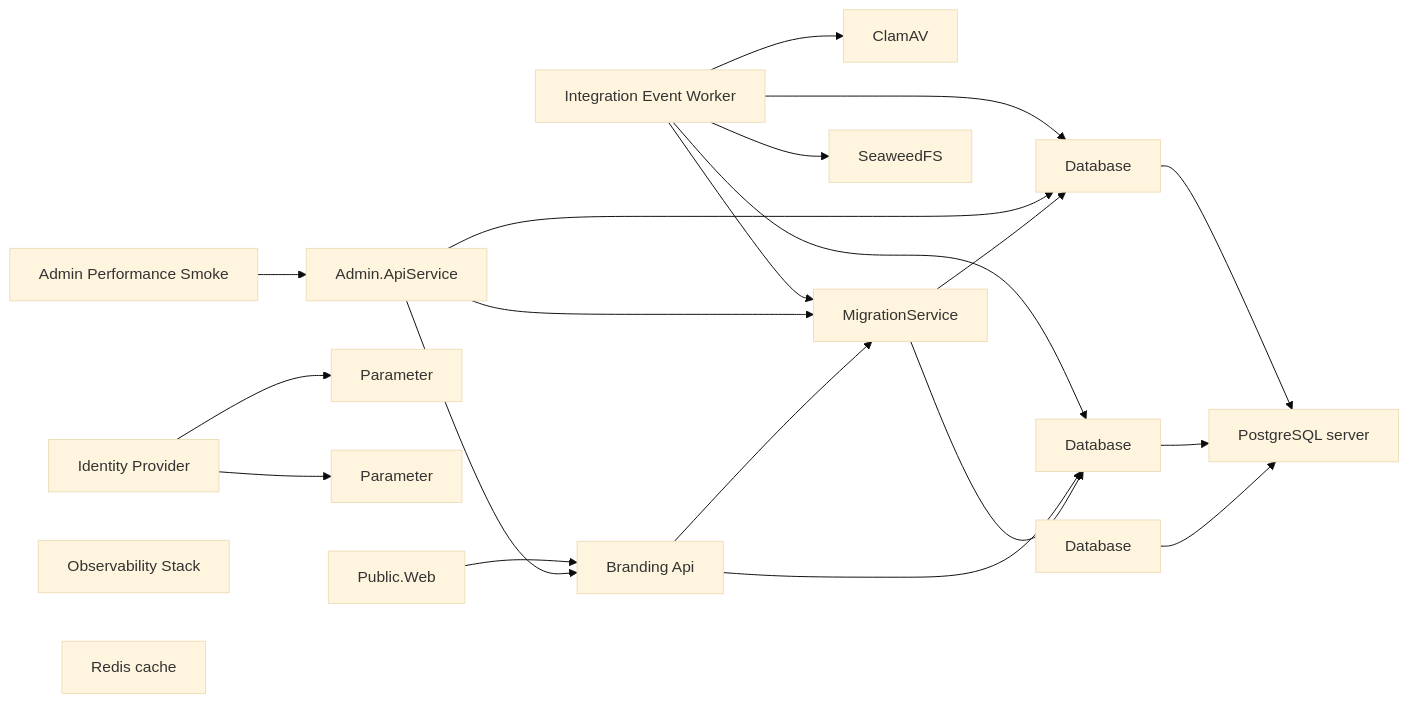
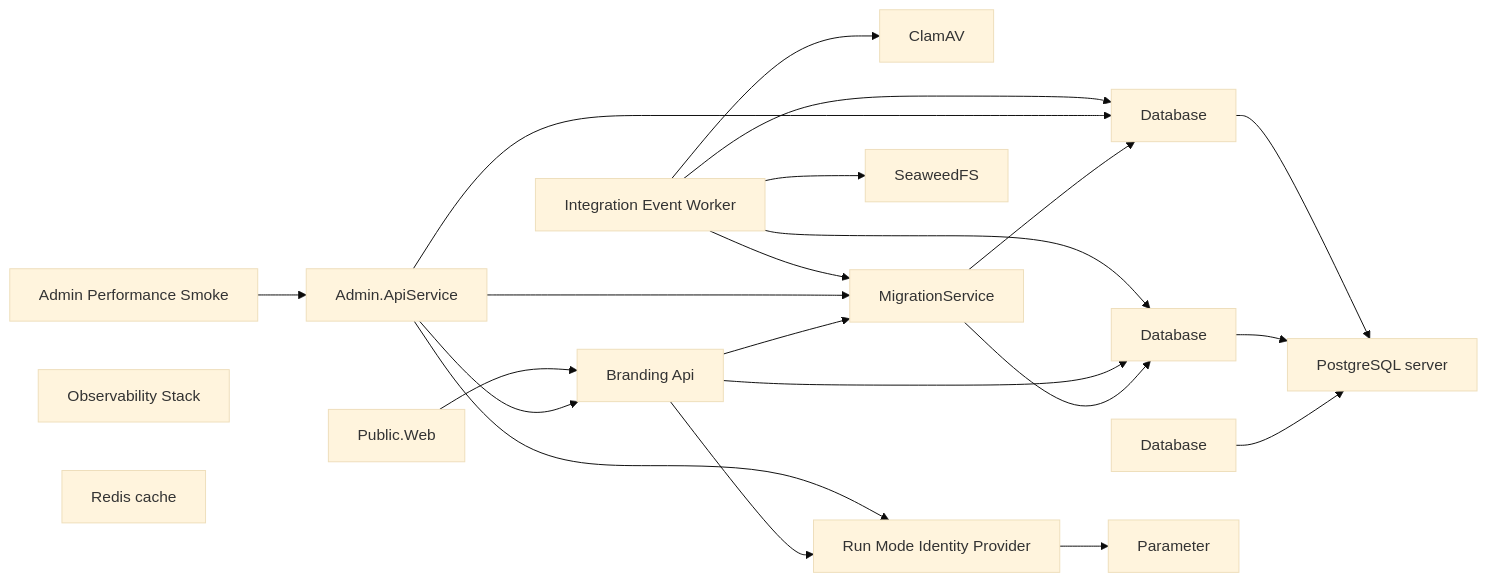
Before and after one commit to danigutsch/ViajantesTurismo: the first of 2 diagrams in docs/architecture/runtime-wiring-and-deployment.md, drawn with Mermaid (base theme). The commit also changed 10 other files, not shown here.

````diff
--- a/docs/architecture/runtime-wiring-and-deployment.md
+++ b/docs/architecture/runtime-wiring-and-deployment.md
@@ -13,39 +13,39 @@
 ```mermaid
 flowchart LR
     AdminPerformanceSmoke[Admin Performance Smoke]
     apiService[Admin.ApiService]
     brandingApiService[Branding Api]
     clamAv[ClamAV]
     adminDatabase[Database]
     catalogDatabase[Database]
     securityDatabase[Database]
-    IdentityProvider[Identity Provider]
     IntegrationEventWorker[Integration Event Worker]
     migrationService[MigrationService]
     ObservabilityStack[Observability Stack]
     managementWebClientSecret[Parameter]
-    identityProviderConformanceUserPassword[Parameter]
     databaseServer[PostgreSQL server]
     PublicWeb[Public.Web]
     cache[Redis cache]
+    identityProvider[Run Mode Identity Provider]
     seaweedFs[SeaweedFS]
     AdminPerformanceSmoke --> apiService
-    IdentityProvider --> identityProviderConformanceUserPassword
-    IdentityProvider --> managementWebClientSecret
     IntegrationEventWorker --> adminDatabase
     IntegrationEventWorker --> catalogDatabase
     IntegrationEventWorker --> clamAv
     IntegrationEventWorker --> migrationService
     IntegrationEventWorker --> seaweedFs
     PublicWeb --> brandingApiService
     adminDatabase --> databaseServer
     apiService --> adminDatabase
     apiService --> brandingApiService
+    apiService --> identityProvider
     apiService --> migrationService
     brandingApiService --> catalogDatabase
+    brandingApiService --> identityProvider
     brandingApiService --> migrationService
     catalogDatabase --> databaseServer
+    identityProvider --> managementWebClientSecret
     migrationService --> adminDatabase
     migrationService --> catalogDatabase
     securityDatabase --> databaseServer
 ```
````
